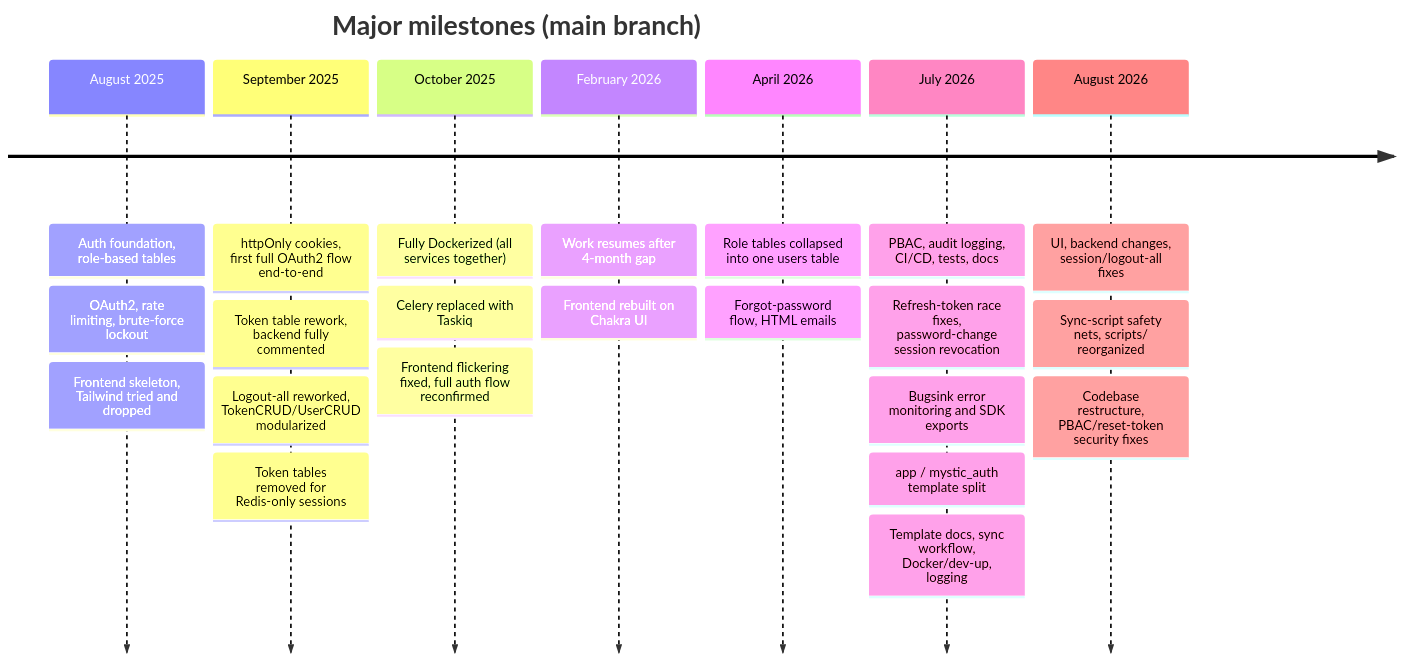
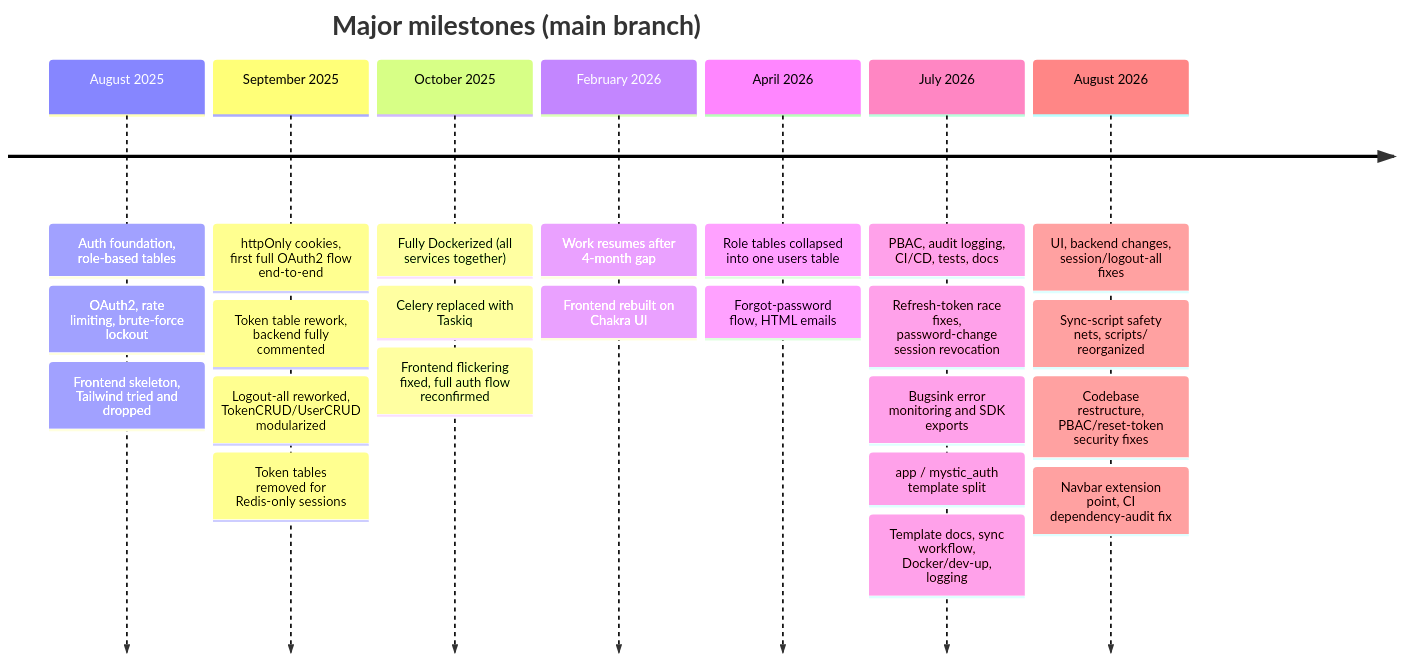
The diagram in docs/mystic_auth/project-story/README.md (Nachiket-2024/mystic-auth), drawn with Mermaid before and after one commit. The commit also changed other lines of this file and 8 other files, not shown here.

````diff
--- a/docs/mystic_auth/project-story/README.md
+++ b/docs/mystic_auth/project-story/README.md
@@ -37,26 +37,27 @@
 ```mermaid
 timeline
     title Major milestones (main branch)
     August 2025: Auth foundation, role-based tables
             : OAuth2, rate limiting, brute-force lockout
             : Frontend skeleton, Tailwind tried and dropped
     September 2025: httpOnly cookies, first full OAuth2 flow end-to-end
             : Token table rework, backend fully commented
             : Logout-all reworked, TokenCRUD/UserCRUD modularized
             : Token tables removed for Redis-only sessions
     October 2025: Fully Dockerized (all services together)
             : Celery replaced with Taskiq
             : Frontend flickering fixed, full auth flow reconfirmed
     February 2026: Work resumes after 4-month gap
             : Frontend rebuilt on Chakra UI
     April 2026: Role tables collapsed into one users table
             : Forgot-password flow, HTML emails
     July 2026: PBAC, audit logging, CI/CD, tests, docs
             : Refresh-token race fixes, password-change session revocation
             : Bugsink error monitoring and SDK exports
             : app / mystic_auth template split
             : Template docs, sync workflow, Docker/dev-up, logging
     August 2026: UI, backend changes, session/logout-all fixes
             : Sync-script safety nets, scripts/ reorganized
             : Codebase restructure, PBAC/reset-token security fixes
+            : Navbar extension point, CI dependency-audit fix
 ```
````
